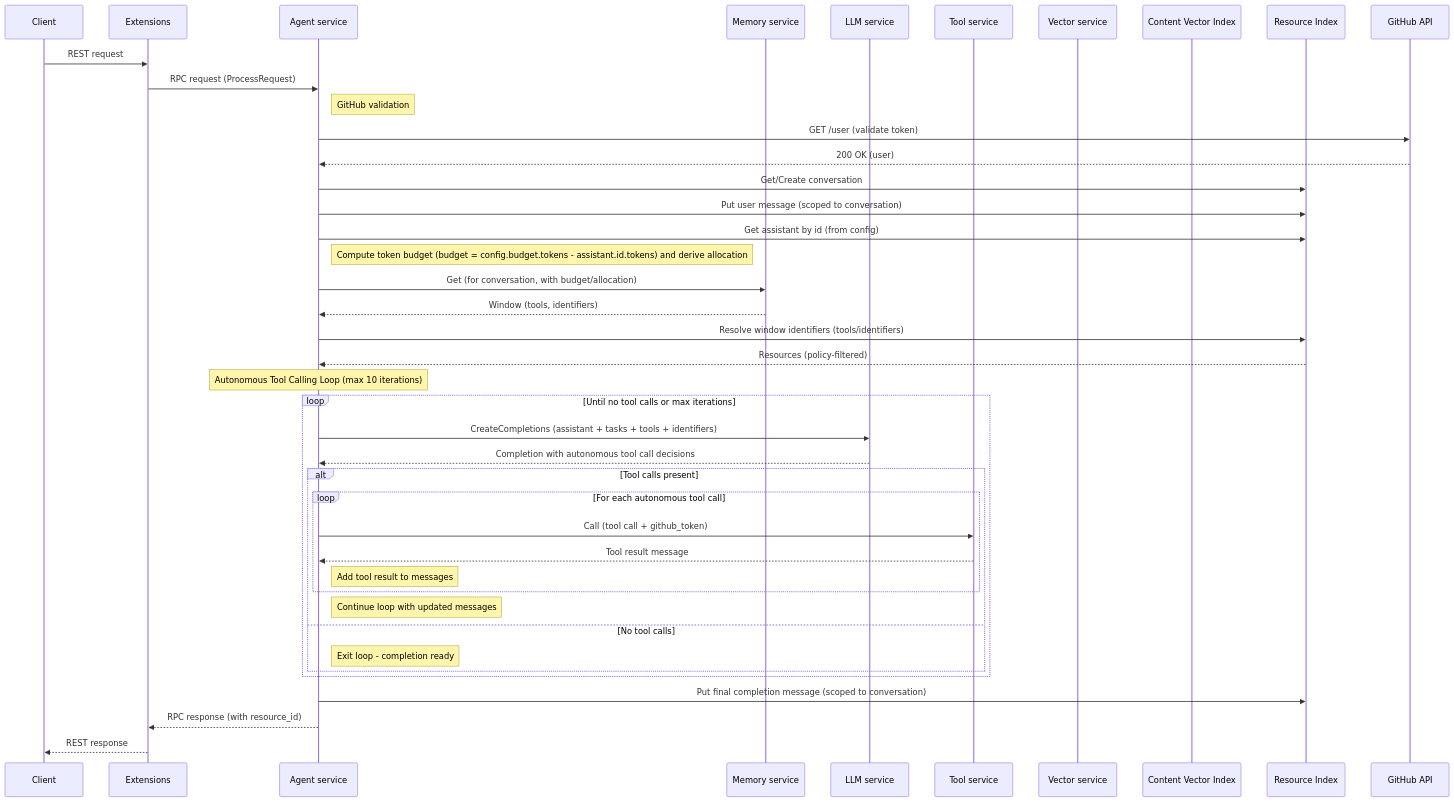
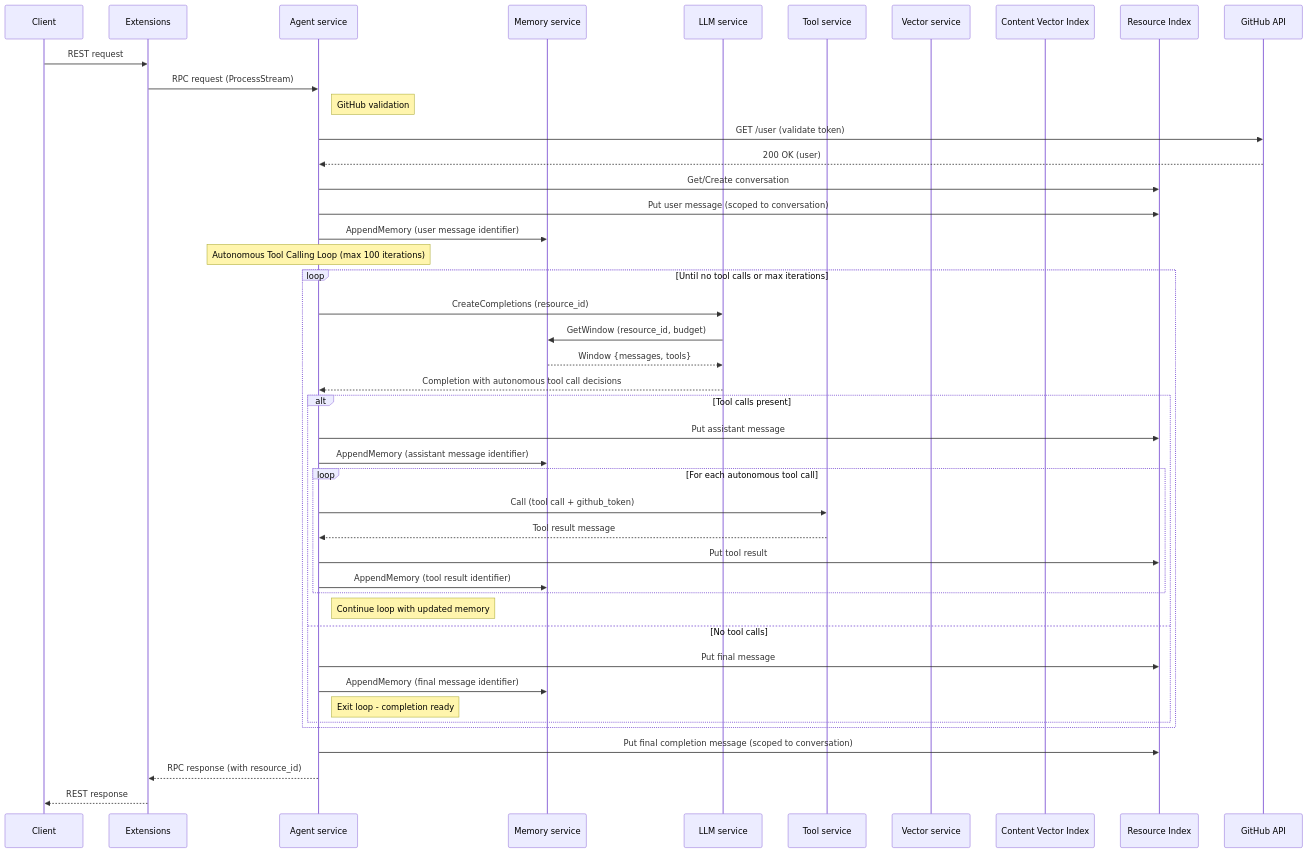
Before and after one commit to copilot-ld/copilot-ld: the first of 3 diagrams in docs/architecture.md, drawn with Mermaid. The commit also changed other lines of this file and 130 other files, not shown here.

Commit message:
Cleaner protobuf data architecture, streaming responses and chain of thought

````diff
--- a/docs/architecture.md
+++ b/docs/architecture.md
@@ -104,53 +104,53 @@
 ```mermaid
 sequenceDiagram
     participant Client
     participant Extension as Extensions
     participant Agent as Agent service
     participant Memory as Memory service
     participant LLM as LLM service
     participant Tool as Tool service
     participant Vector as Vector service
     participant ContentIndex as Content Vector Index
     participant ResourceIndex as Resource Index
     participant GitHub as GitHub API
 
     Client->>Extension: REST request
-    Extension->>Agent: RPC request (ProcessRequest)
+    Extension->>Agent: RPC request (ProcessStream)
 
     Note right of Agent: GitHub validation
     Agent->>GitHub: GET /user (validate token)
     GitHub-->>Agent: 200 OK (user)
 
     Agent->>ResourceIndex: Get/Create conversation
     Agent->>ResourceIndex: Put user message (scoped to conversation)
-    Agent->>ResourceIndex: Get assistant by id (from config)
-    Note right of Agent: Compute token budget (budget = config.budget.tokens - assistant.id.tokens) and derive allocation
+    Agent->>Memory: AppendMemory (user message identifier)
 
-    Agent->>Memory: Get (for conversation, with budget/allocation)
-    Memory-->>Agent: Window (tools, identifiers)
-
-    Agent->>ResourceIndex: Resolve window identifiers (tools/identifiers)
-    ResourceIndex-->>Agent: Resources (policy-filtered)
-
-    Note over Agent: Autonomous Tool Calling Loop (max 10 iterations)
+    Note over Agent: Autonomous Tool Calling Loop (max 100 iterations)
     loop Until no tool calls or max iterations
-        Agent->>LLM: CreateCompletions (assistant + tasks + tools + identifiers)
+        Agent->>LLM: CreateCompletions (resource_id)
+        LLM->>Memory: GetWindow (resource_id, budget)
+        Memory-->>LLM: Window {messages, tools}
         LLM-->>Agent: Completion with autonomous tool call decisions
 
         alt Tool calls present
+            Agent->>ResourceIndex: Put assistant message
+            Agent->>Memory: AppendMemory (assistant message identifier)
             loop For each autonomous tool call
                 Agent->>Tool: Call (tool call + github_token)
                 Tool-->>Agent: Tool result message
-                Note right of Agent: Add tool result to messages
+                Agent->>ResourceIndex: Put tool result
+                Agent->>Memory: AppendMemory (tool result identifier)
             end
-            Note right of Agent: Continue loop with updated messages
+            Note right of Agent: Continue loop with updated memory
         else No tool calls
+            Agent->>ResourceIndex: Put final message
+            Agent->>Memory: AppendMemory (final message identifier)
             Note right of Agent: Exit loop - completion ready
         end
     end
 
     Agent->>ResourceIndex: Put final completion message (scoped to conversation)
 
     Agent-->>Extension: RPC response (with resource_id)
     Extension-->>Client: REST response
 ```
````
